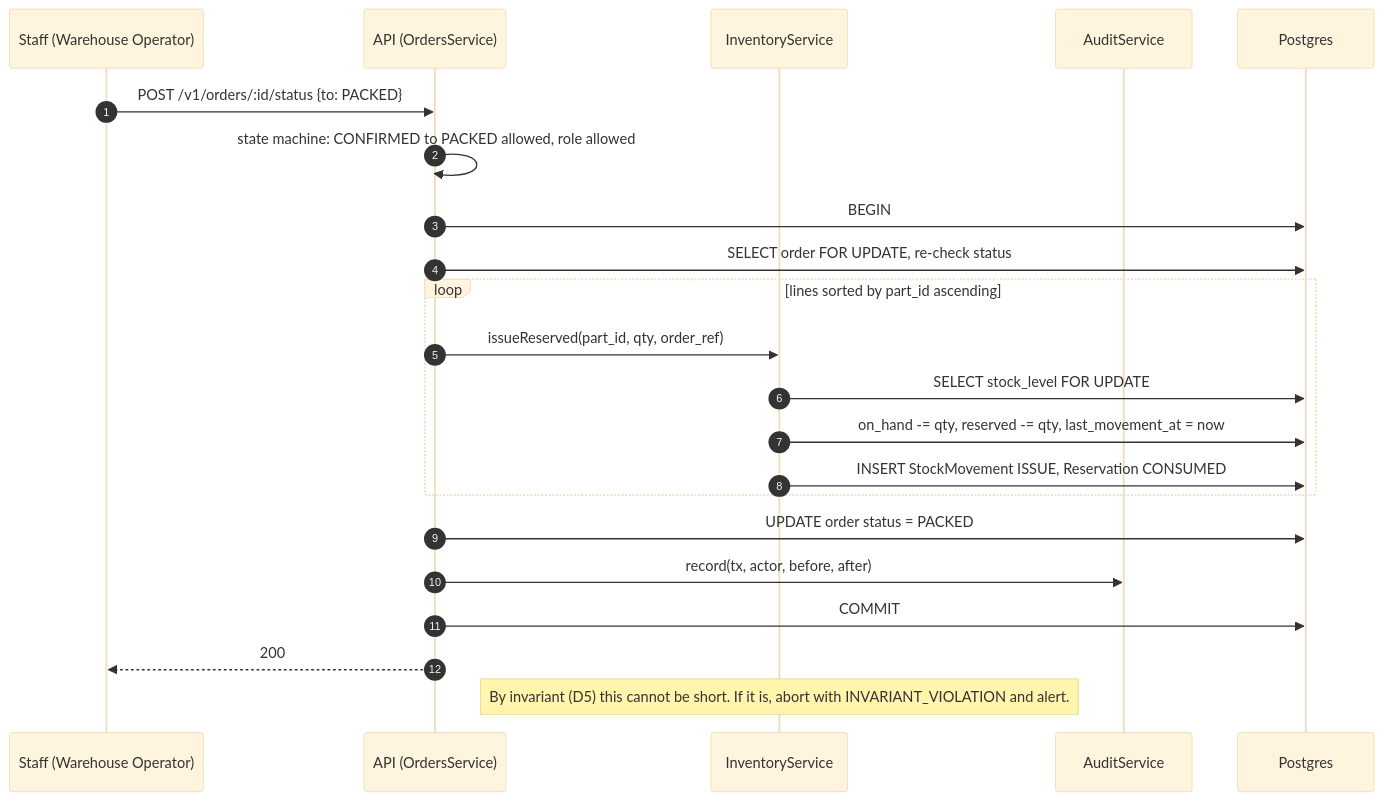
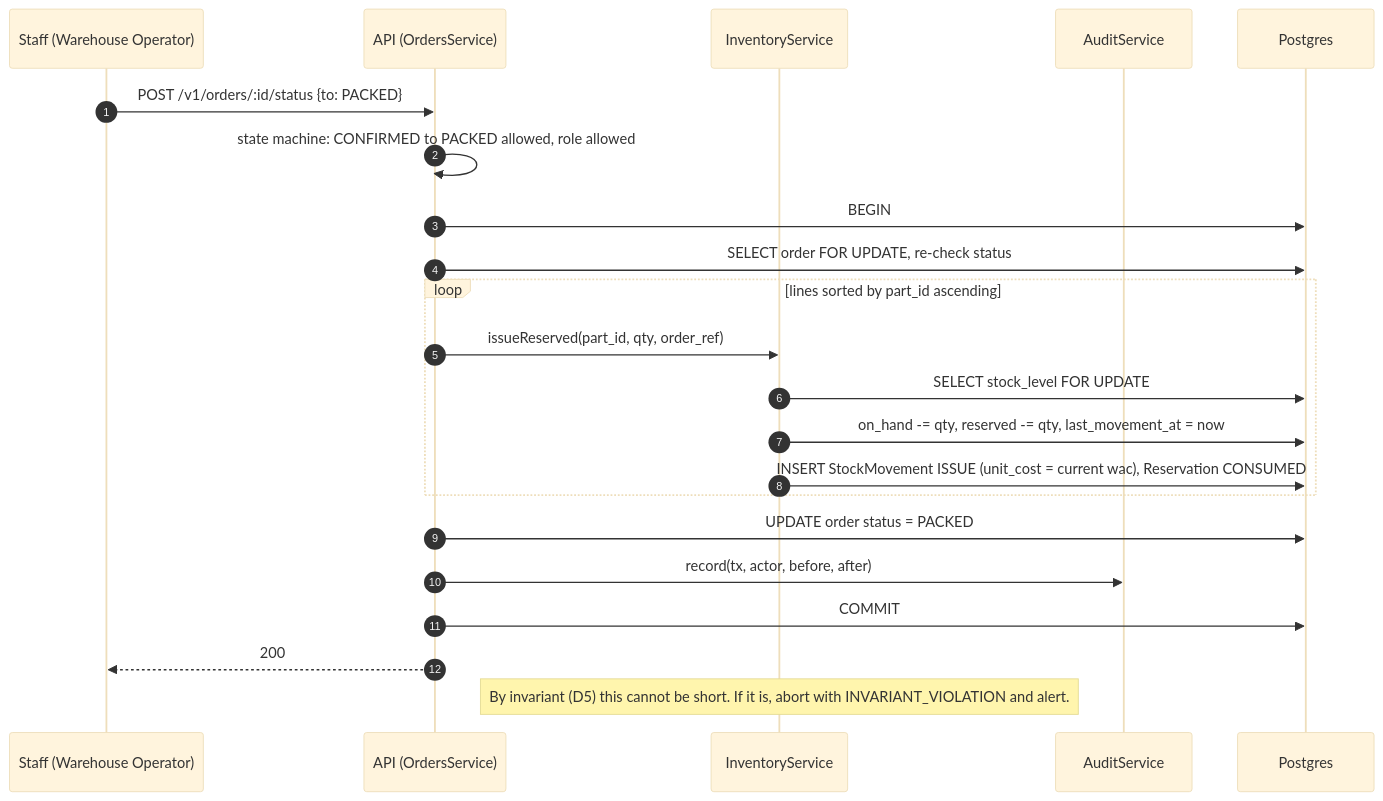
The third of 6 diagrams in docs/sequences.md (abdelrahman-ah1/autoparts-tawfikya), drawn with Mermaid (base theme) before and after one commit. The commit also changed other lines of this file and 4 other files, not shown here.

````diff
--- a/docs/sequences.md
+++ b/docs/sequences.md
@@ -85,25 +85,25 @@
 ```mermaid
 sequenceDiagram
   autonumber
   participant S as Staff (Warehouse Operator)
   participant A as API (OrdersService)
   participant I as InventoryService
   participant U as AuditService
   participant D as Postgres
 
   S->>A: POST /v1/orders/:id/status {to: PACKED}
   A->>A: state machine: CONFIRMED to PACKED allowed, role allowed
   A->>D: BEGIN
   A->>D: SELECT order FOR UPDATE, re-check status
   loop lines sorted by part_id ascending
     A->>I: issueReserved(part_id, qty, order_ref)
     I->>D: SELECT stock_level FOR UPDATE
     I->>D: on_hand -= qty, reserved -= qty, last_movement_at = now
-    I->>D: INSERT StockMovement ISSUE, Reservation CONSUMED
+    I->>D: INSERT StockMovement ISSUE (unit_cost = current wac), Reservation CONSUMED
   end
   A->>D: UPDATE order status = PACKED
   A->>U: record(tx, actor, before, after)
   A->>D: COMMIT
   A-->>S: 200
   Note over I: By invariant (D5) this cannot be short. If it is, abort with INVARIANT_VIOLATION and alert.
 ```
````
